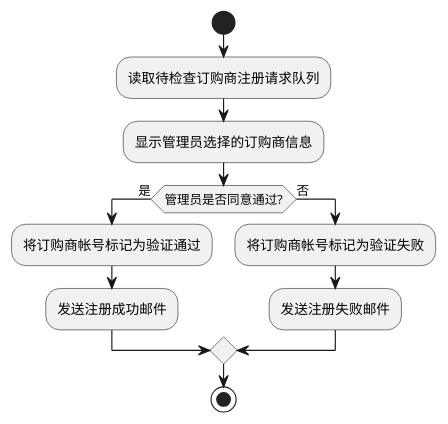
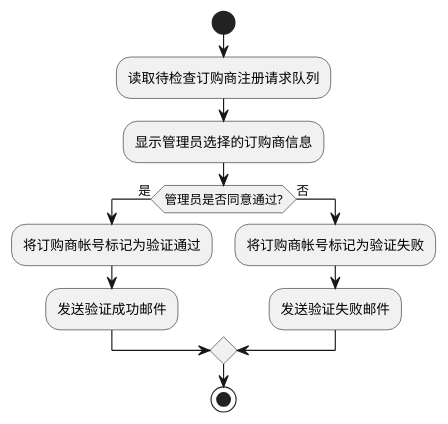
Before and after one commit to wwyf/Waterfall: the diagram in report/misc/figure_src/uc_sub/uc_admin_check_client.puml, drawn with PlantUML. The commit also changed 7 other files, not shown here.

```diff
--- a/report/misc/figure_src/uc_sub/uc_admin_check_client.puml
+++ b/report/misc/figure_src/uc_sub/uc_admin_check_client.puml
@@ -1,15 +1,15 @@
 @startuml
 
 ''' Layout
 start
 :读取待检查订购商注册请求队列;
 :显示管理员选择的订购商信息;
 if (管理员是否同意通过?) then (是)
     :将订购商帐号标记为验证通过;
-    :发送注册成功邮件;
+    :发送验证成功邮件;
 else (否)
     :将订购商帐号标记为验证失败;
-    :发送注册失败邮件;
+    :发送验证失败邮件;
 endif
 stop
 @enduml
```
